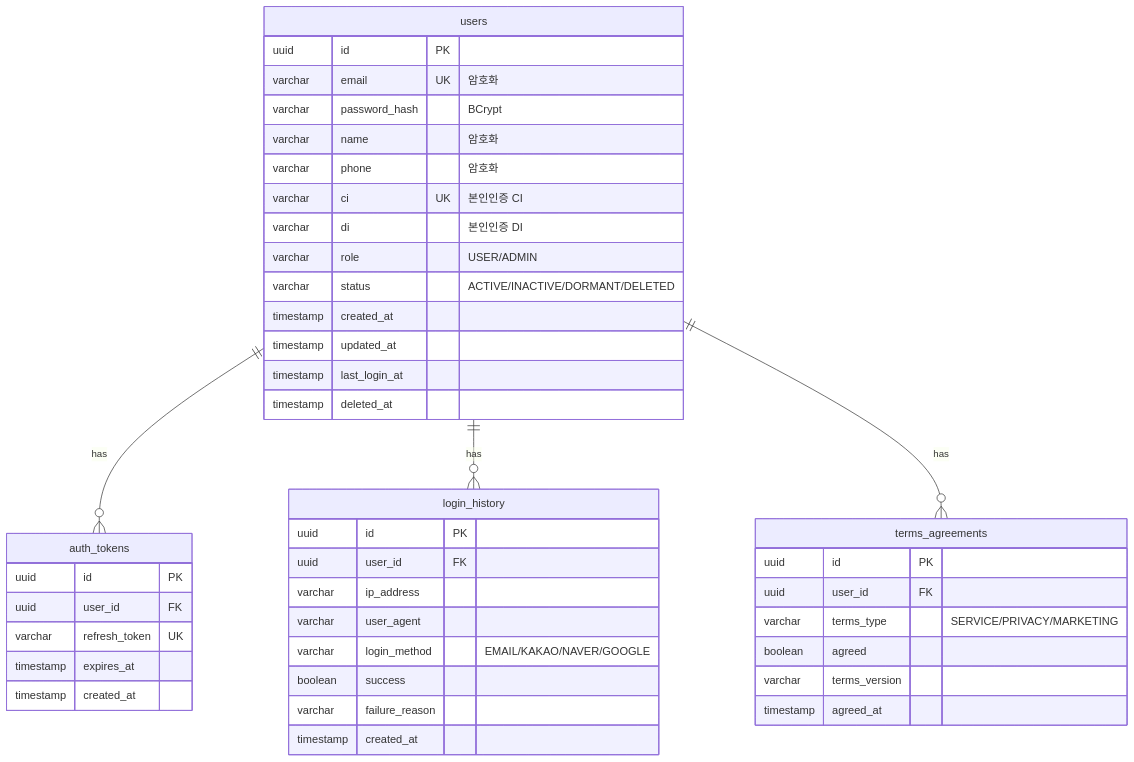
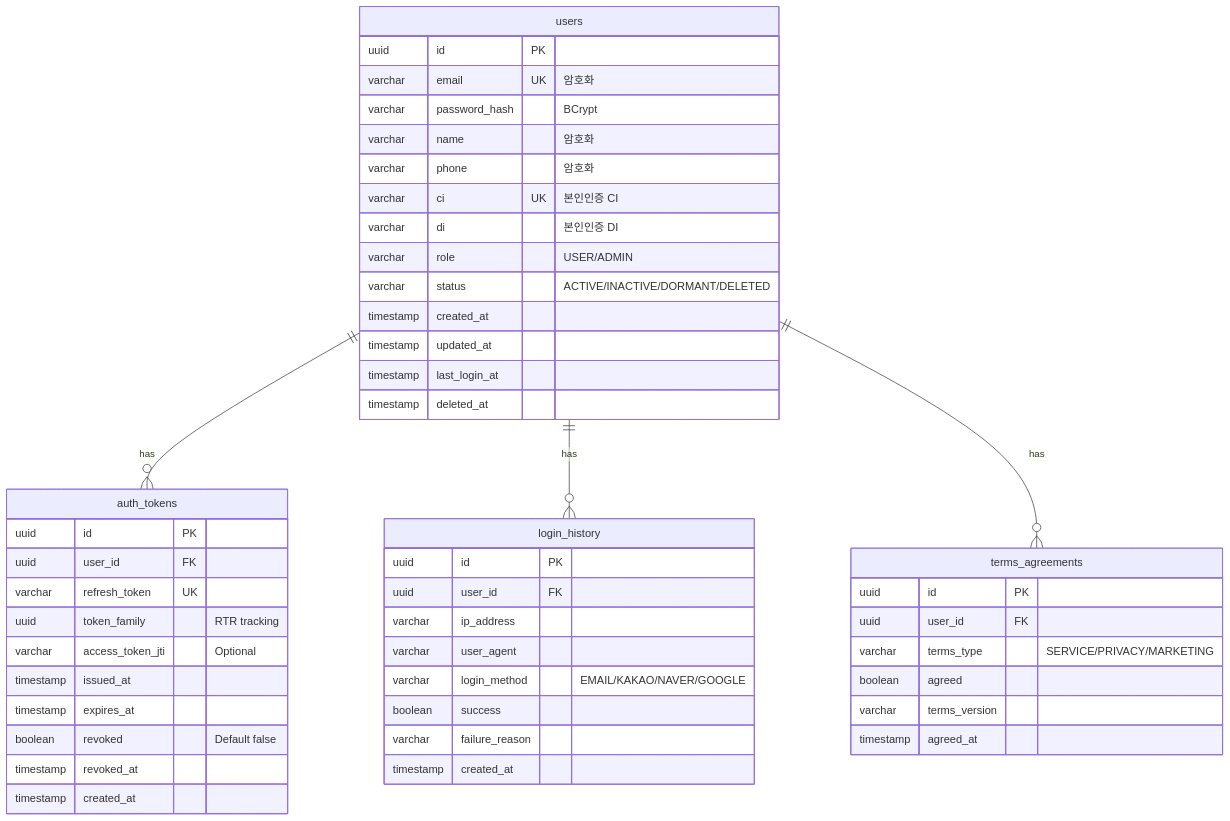
One commit to paircoders/ticket-queue changed the first of 5 diagrams in docs/architecture/04_data.md. Above: the diagram before and after it, drawn with Mermaid. The commit also changed other lines of this file and 8 other files, not shown here.

````diff
--- a/docs/architecture/04_data.md
+++ b/docs/architecture/04_data.md
@@ -105,50 +117,55 @@
 ```mermaid
 erDiagram
     users ||--o{ auth_tokens : has
     users ||--o{ login_history : has
     users ||--o{ terms_agreements : has
 
     users {
         uuid id PK
         varchar email UK "암호화"
         varchar password_hash "BCrypt"
         varchar name "암호화"
         varchar phone "암호화"
         varchar ci UK "본인인증 CI"
         varchar di "본인인증 DI"
         varchar role "USER/ADMIN"
         varchar status "ACTIVE/INACTIVE/DORMANT/DELETED"
         timestamp created_at
         timestamp updated_at
         timestamp last_login_at
         timestamp deleted_at
     }
 
     auth_tokens {
         uuid id PK
         uuid user_id FK
         varchar refresh_token UK
+        uuid token_family "RTR tracking"
+        varchar access_token_jti "Optional"
+        timestamp issued_at
         timestamp expires_at
+        boolean revoked "Default false"
+        timestamp revoked_at
         timestamp created_at
     }
 
     login_history {
         uuid id PK
         uuid user_id FK
         varchar ip_address
         varchar user_agent
         varchar login_method "EMAIL/KAKAO/NAVER/GOOGLE"
         boolean success
         varchar failure_reason
         timestamp created_at
     }
 
     terms_agreements {
         uuid id PK
         uuid user_id FK
         varchar terms_type "SERVICE/PRIVACY/MARKETING"
         boolean agreed
         varchar terms_version
         timestamp agreed_at
     }
 ```
````
